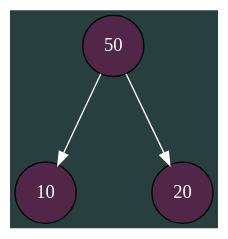
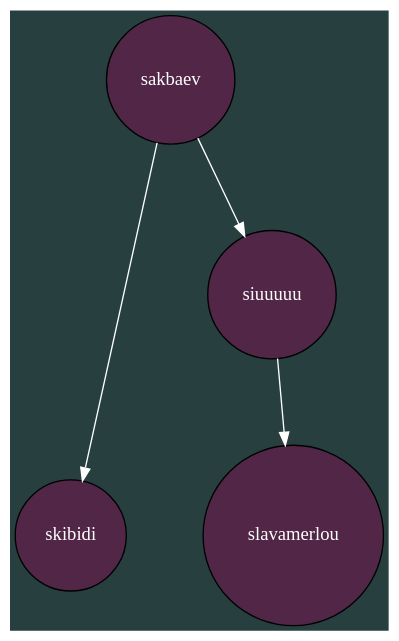
The diagram in TreeLog/pict_0.dot (Shishkin-Vasiliy/Akinator), drawn with Graphviz before and after one commit. The commit also changed 4 other files, not shown here.

```diff
--- a/TreeLog/pict_0.dot
+++ b/TreeLog/pict_0.dot
@@ -1,19 +1,23 @@
 digraph {
 bgcolor="#283f3f";
 rankdir=TB;
 nodesep=0.8;
 ranksep=0.9;
-node50 [shape=circle; style=filled; fillcolor="#6A184DA0"; fontcolor="#FFFFFF";
-       label="50"];
-{ rank=source; node50 };
-node10 [shape=circle; style=filled; fillcolor="#6A184DA0"; fontcolor="#FFFFFF";
-       label="10"];
-{ rank=sink; node10 };
+node_sakbaev [shape=circle; style=filled; fillcolor="#6A184DA0"; fontcolor="#FFFFFF";
+       label="sakbaev"];
+{ rank=source; node_sakbaev };
+node_skibidi [shape=circle; style=filled; fillcolor="#6A184DA0"; fontcolor="#FFFFFF";
+       label="skibidi"];
+{ rank=sink; node_skibidi };
 edge [color="#FFFFFF"];
-node50 -> node10
-;node20 [shape=circle; style=filled; fillcolor="#6A184DA0"; fontcolor="#FFFFFF";
-       label="20"];
-{ rank=sink; node20 };
+node_sakbaev -> node_skibidi
+;node_siuuuuu [shape=circle; style=filled; fillcolor="#6A184DA0"; fontcolor="#FFFFFF";
+       label="siuuuuu"];
+node_slavamerlou [shape=circle; style=filled; fillcolor="#6A184DA0"; fontcolor="#FFFFFF";
+       label="slavamerlou"];
+{ rank=sink; node_slavamerlou };
 edge [color="#FFFFFF"];
-node50 -> node20
+node_siuuuuu -> node_slavamerlou
+;edge [color="#FFFFFF"];
+node_sakbaev -> node_siuuuuu
 ;}
```
